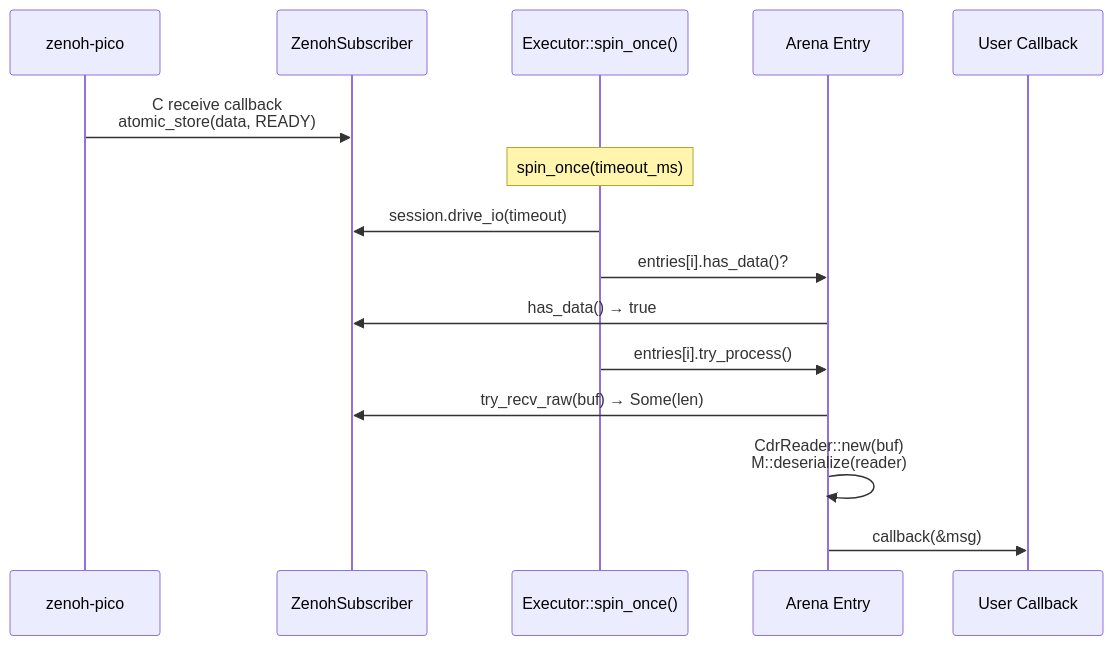
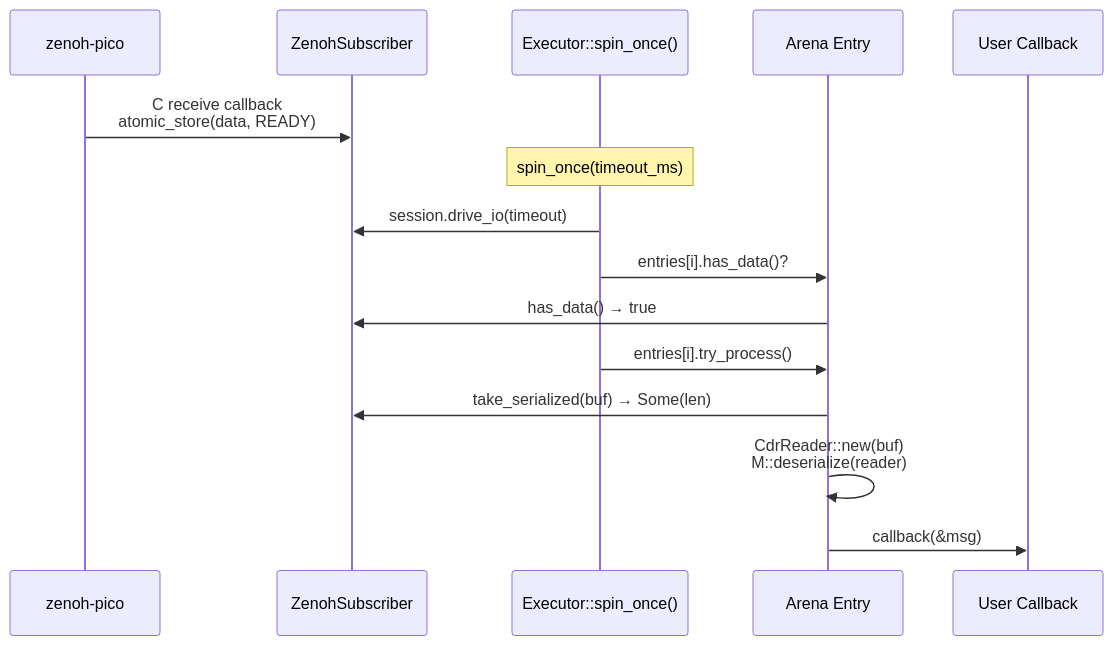
Diagram 11 of 14 in docs/design/0001-architecture-overview.md (NEWSLabNTU/nano-ros), drawn with Mermaid before and after one commit. The commit also changed other lines of this file and 183 other files, not shown here.

````diff
--- a/docs/design/0001-architecture-overview.md
+++ b/docs/design/0001-architecture-overview.md
@@ -532,19 +532,19 @@
 ```mermaid
 sequenceDiagram
     participant ZP as zenoh-pico
     participant SUB as ZenohSubscriber
     participant EX as Executor::spin_once()
     participant ARENA as Arena Entry
     participant CB as User Callback
 
     ZP->>SUB: C receive callback<br/>atomic_store(data, READY)
 
     Note over EX: spin_once(timeout_ms)
     EX->>SUB: session.drive_io(timeout)
     EX->>ARENA: entries[i].has_data()?
     ARENA->>SUB: has_data() → true
     EX->>ARENA: entries[i].try_process()
-    ARENA->>SUB: try_recv_raw(buf) → Some(len)
+    ARENA->>SUB: take_serialized(buf) → Some(len)
     ARENA->>ARENA: CdrReader::new(buf)<br/>M::deserialize(reader)
     ARENA->>CB: callback(&msg)
 ```
````
